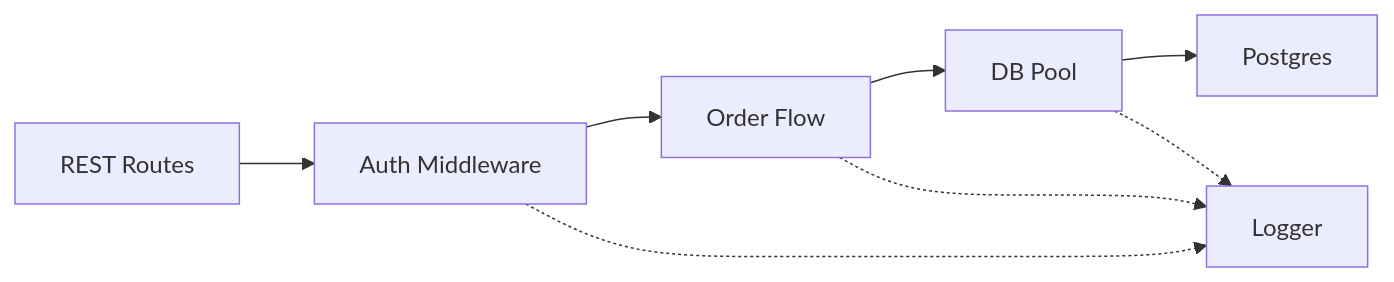
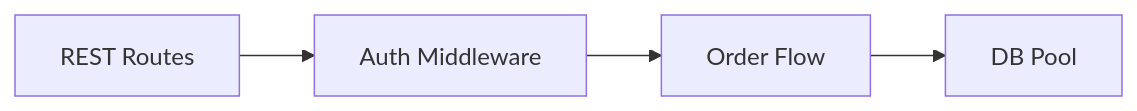
Before and after one commit to lagz0ne/c3-skill: the first of 2 diagrams in skills/c3-container-design/SKILL.md, drawn with Mermaid. The commit also changed other lines of this file and 9 other files, not shown here.

````diff
--- a/skills/c3-container-design/SKILL.md
+++ b/skills/c3-container-design/SKILL.md
@@ -139,11 +83,6 @@
 ```mermaid
 flowchart LR
     Entry[REST Routes] --> Auth[Auth Middleware]
     Auth --> Business[Order Flow]
     Business --> DB[DB Pool]
-    DB --> External[Postgres]
-
-    Auth -.-> Log[Logger]
-    Business -.-> Log
-    DB -.-> Log
 ```
````
